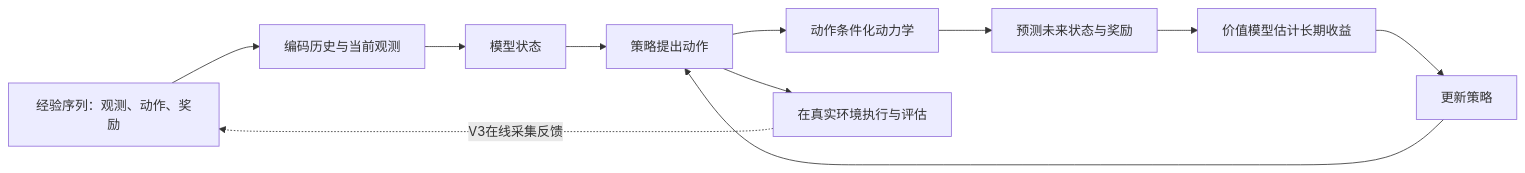
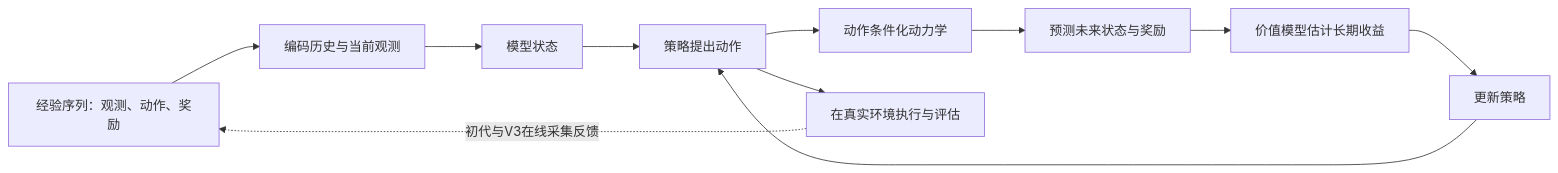
One commit to Cloud-World-Lab/Cloud-World-Lab.github.io changed the first of 3 diagrams in content/dreamer.md. Above: the diagram before and after it, drawn with Mermaid. The commit also changed other lines of this file and 12 other files, not shown here.

````diff
--- a/content/dreamer.md
+++ b/content/dreamer.md
@@ -21,13 +22,13 @@
 ```mermaid
 flowchart LR
   D[经验序列：观测、动作、奖励] --> E[编码历史与当前观测]
   E --> S[模型状态]
   S --> P[策略提出动作]
   P --> M[动作条件化动力学]
   M --> F[预测未来状态与奖励]
   F --> V[价值模型估计长期收益]
   V --> U[更新策略]
   U --> P
   P --> R[在真实环境执行与评估]
-  R -. V3在线采集反馈 .-> D
+  R -. 初代与V3在线采集反馈 .-> D
 ```
````
